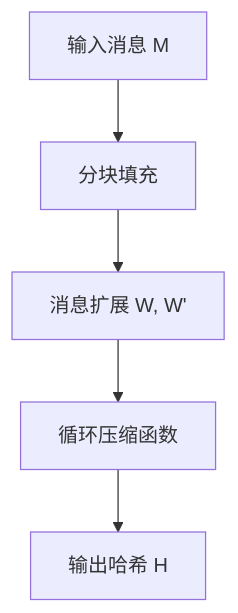
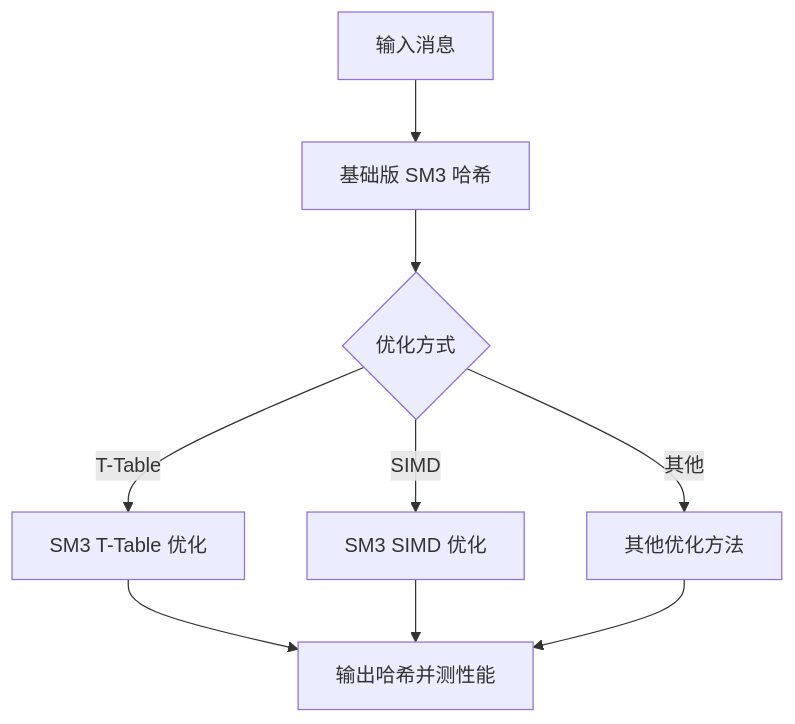
The first of 3 diagrams in project_4/README.md (yunhe-bai-SDU/homework-2025-7), drawn with Mermaid before and after one commit. The commit also changed other lines of this file, not shown here.

````diff
--- a/project_4/README.md
+++ b/project_4/README.md
@@ -85,7 +53,11 @@
 ```mermaid
 flowchart TD
-    A[输入消息 M] --> B[分块填充]
-    B --> C[消息扩展 W, W']
-    C --> D[循环压缩函数]
-    D --> E[输出哈希 H]
+    A[输入消息] --> B[基础版 SM3 哈希]
+    B --> C{优化方式}
+    C -->|T-Table| D[SM3 T-Table 优化]
+    C -->|SIMD| E[SM3 SIMD 优化]
+    C -->|其他| F[其他优化方法]
+    D --> G[输出哈希并测性能]
+    E --> G
+    F --> G
 ```
````
